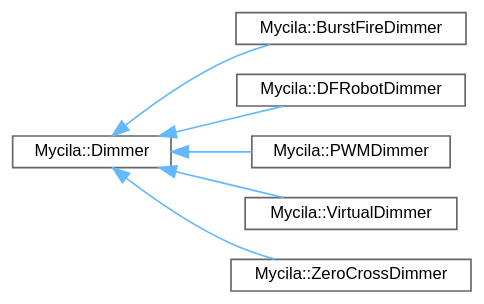
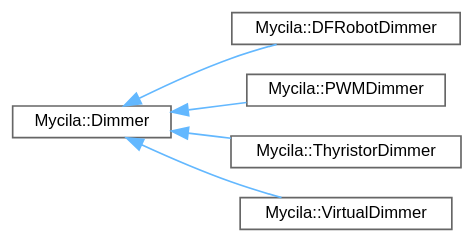
The diagram in docs/api/inherit_graph_3.dot (mathieucarbou/MycilaDimmer), drawn with Graphviz before and after one commit. The commit also changed 54 other files, not shown here.

```diff
--- a/docs/api/inherit_graph_3.dot
+++ b/docs/api/inherit_graph_3.dot
@@ -1,19 +1,17 @@
 digraph "Graphical Class Hierarchy"
 {
  // LATEX_PDF_SIZE
   bgcolor="transparent";
   edge [fontname=Helvetica,fontsize=10,labelfontname=Helvetica,labelfontsize=10];
   node [fontname=Helvetica,fontsize=10,shape=box,height=0.2,width=0.4];
   rankdir="LR";
   Node0 [id="Node000000",label="Mycila::Dimmer",height=0.2,width=0.4,color="grey40", fillcolor="white", style="filled",URL="$class_mycila_1_1_dimmer.html",tooltip=" "];
   Node0 -> Node1 [id="edge1_Node000000_Node000001",dir="back",color="steelblue1",style="solid",tooltip=" "];
-  Node1 [id="Node000001",label="Mycila::BurstFireDimmer",height=0.2,width=0.4,color="grey40", fillcolor="white", style="filled",URL="$class_mycila_1_1_burst_fire_dimmer.html",tooltip=" "];
+  Node1 [id="Node000001",label="Mycila::DFRobotDimmer",height=0.2,width=0.4,color="grey40", fillcolor="white", style="filled",URL="$class_mycila_1_1_d_f_robot_dimmer.html",tooltip=" "];
   Node0 -> Node2 [id="edge2_Node000000_Node000002",dir="back",color="steelblue1",style="solid",tooltip=" "];
-  Node2 [id="Node000002",label="Mycila::DFRobotDimmer",height=0.2,width=0.4,color="grey40", fillcolor="white", style="filled",URL="$class_mycila_1_1_d_f_robot_dimmer.html",tooltip=" "];
+  Node2 [id="Node000002",label="Mycila::PWMDimmer",height=0.2,width=0.4,color="grey40", fillcolor="white", style="filled",URL="$class_mycila_1_1_p_w_m_dimmer.html",tooltip=" "];
   Node0 -> Node3 [id="edge3_Node000000_Node000003",dir="back",color="steelblue1",style="solid",tooltip=" "];
-  Node3 [id="Node000003",label="Mycila::PWMDimmer",height=0.2,width=0.4,color="grey40", fillcolor="white", style="filled",URL="$class_mycila_1_1_p_w_m_dimmer.html",tooltip=" "];
+  Node3 [id="Node000003",label="Mycila::ThyristorDimmer",height=0.2,width=0.4,color="grey40", fillcolor="white", style="filled",URL="$class_mycila_1_1_thyristor_dimmer.html",tooltip=" "];
   Node0 -> Node4 [id="edge4_Node000000_Node000004",dir="back",color="steelblue1",style="solid",tooltip=" "];
   Node4 [id="Node000004",label="Mycila::VirtualDimmer",height=0.2,width=0.4,color="grey40", fillcolor="white", style="filled",URL="$class_mycila_1_1_virtual_dimmer.html",tooltip=" "];
-  Node0 -> Node5 [id="edge5_Node000000_Node000005",dir="back",color="steelblue1",style="solid",tooltip=" "];
-  Node5 [id="Node000005",label="Mycila::ZeroCrossDimmer",height=0.2,width=0.4,color="grey40", fillcolor="white", style="filled",URL="$class_mycila_1_1_zero_cross_dimmer.html",tooltip=" "];
 }
```
